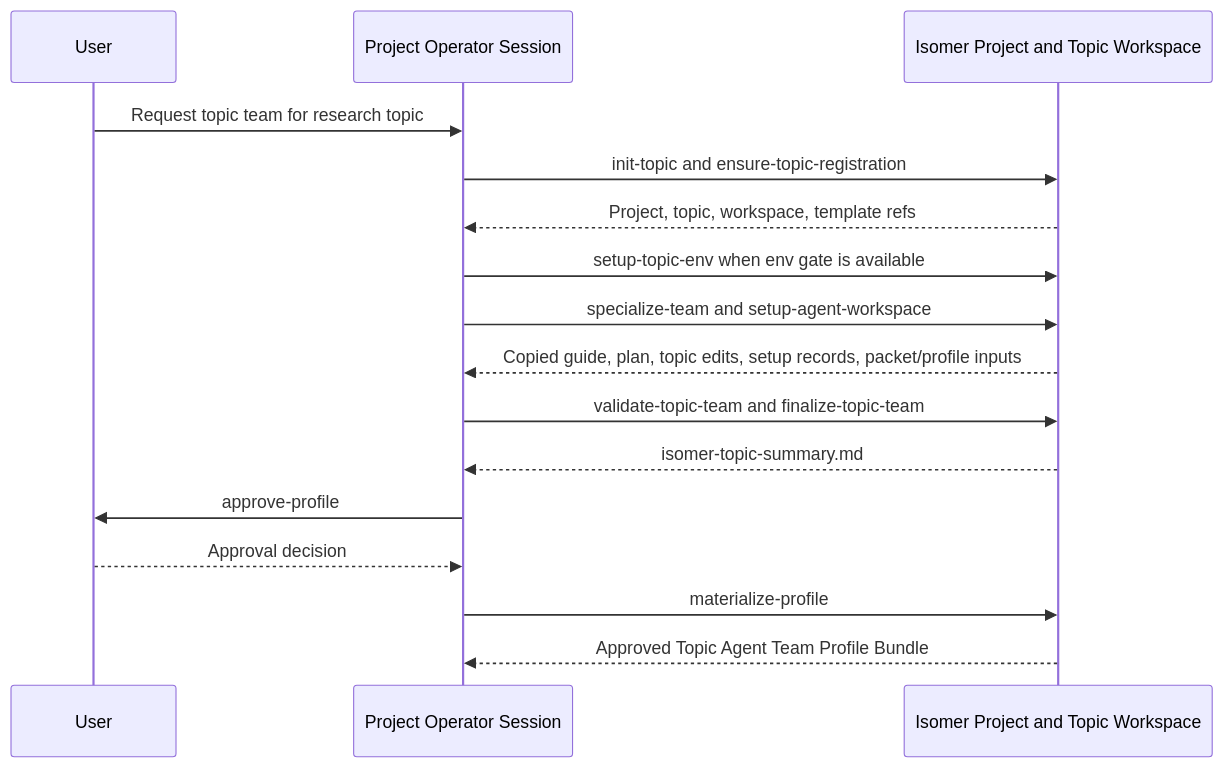
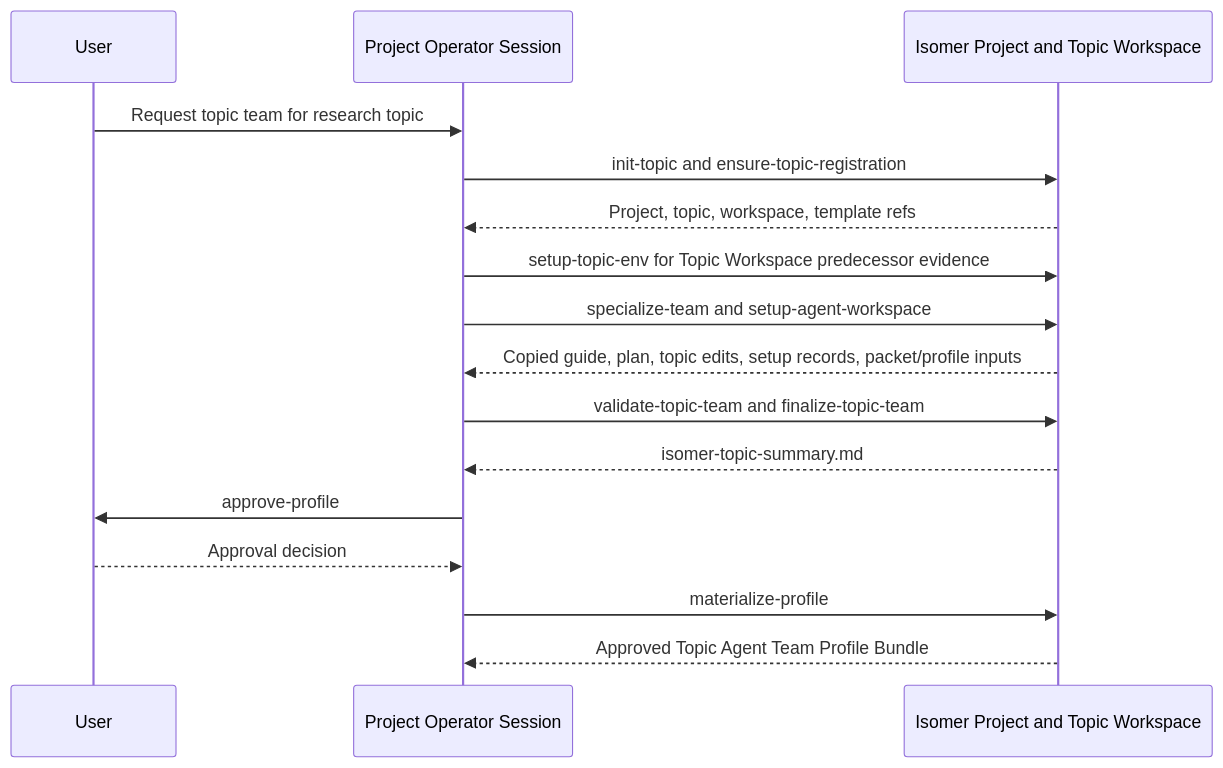
The first of 2 diagrams in skillset/operator/README.md (CodeGandee/isomer-labs), drawn with Mermaid before and after one commit. The commit also changed other lines of this file and 39 other files, not shown here.

````diff
--- a/skillset/operator/README.md
+++ b/skillset/operator/README.md
@@ -41,19 +41,19 @@
 ```mermaid
 sequenceDiagram
     participant User
     participant Operator as Project Operator Session
     participant Store as Isomer Project and Topic Workspace
 
     User->>Operator: Request topic team for research topic
     Operator->>Store: init-topic and ensure-topic-registration
     Store-->>Operator: Project, topic, workspace, template refs
-    Operator->>Store: setup-topic-env when env gate is available
+    Operator->>Store: setup-topic-env for Topic Workspace predecessor evidence
     Operator->>Store: specialize-team and setup-agent-workspace
     Store-->>Operator: Copied guide, plan, topic edits, setup records, packet/profile inputs
     Operator->>Store: validate-topic-team and finalize-topic-team
     Store-->>Operator: isomer-topic-summary.md
     Operator->>User: approve-profile
     User-->>Operator: Approval decision
     Operator->>Store: materialize-profile
     Store-->>Operator: Approved Topic Agent Team Profile Bundle
 ```
````
